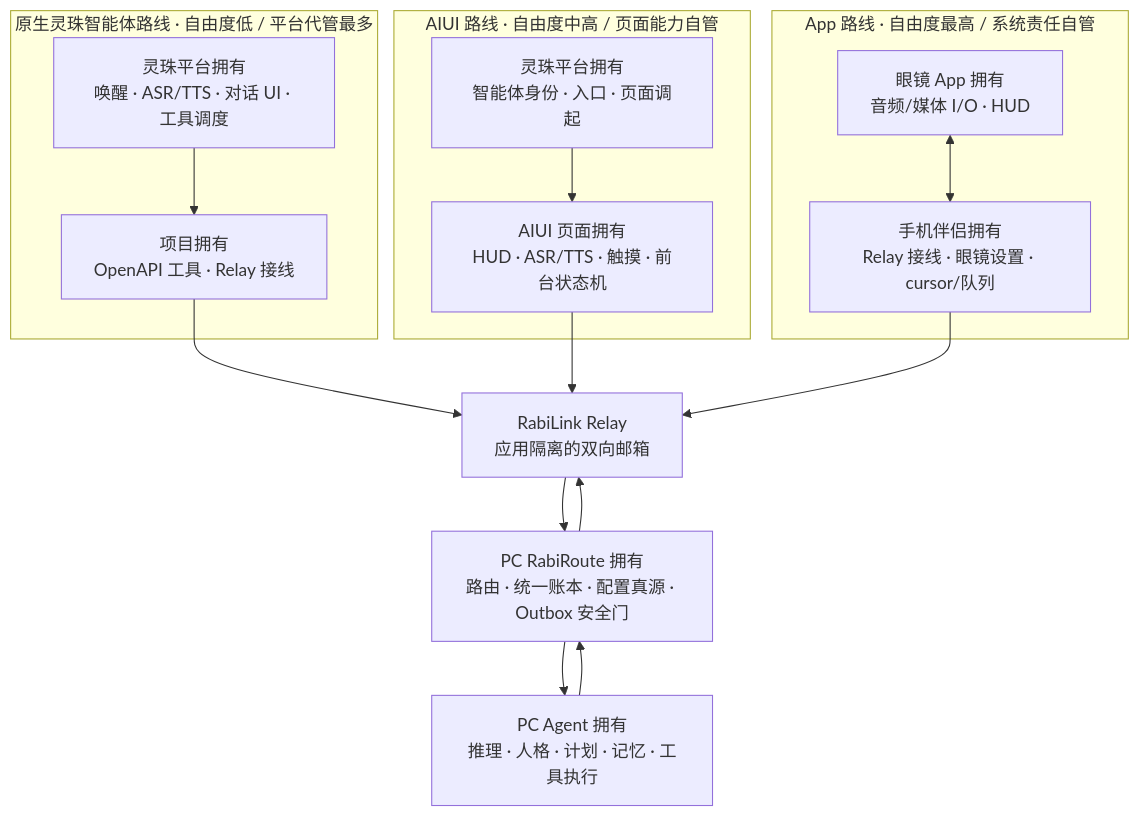
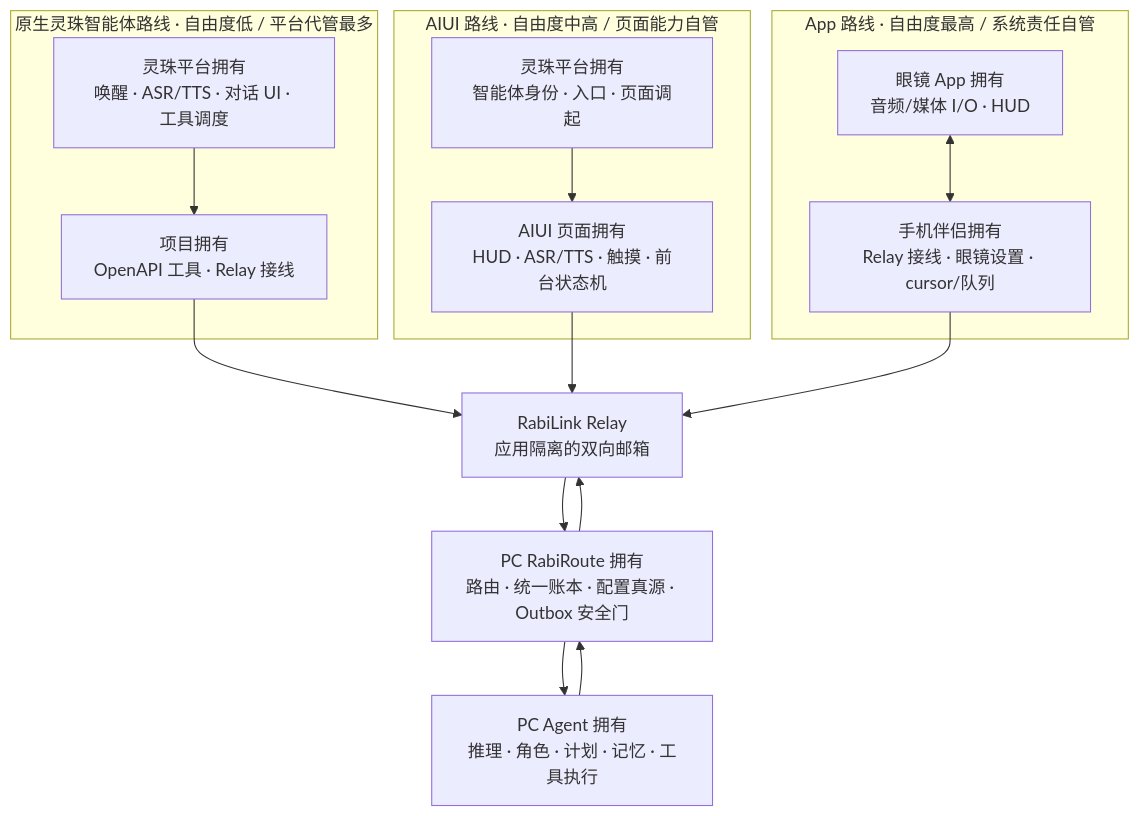
The diagram in docs/rabilink-glasses-route-comparison.md (vb2250158/RabiRoute), drawn with Mermaid before and after one commit. The commit also changed other lines of this file and 334 other files, not shown here.

````diff
--- a/docs/rabilink-glasses-route-comparison.md
+++ b/docs/rabilink-glasses-route-comparison.md
@@ -21,29 +21,29 @@
 ```mermaid
 flowchart TB
     subgraph Native["原生灵珠智能体路线 · 自由度低 / 平台代管最多"]
         N1["灵珠平台拥有<br/>唤醒 · ASR/TTS · 对话 UI · 工具调度"]
         N2["项目拥有<br/>OpenAPI 工具 · Relay 接线"]
         N1 --> N2
     end
 
     subgraph Aiui["AIUI 路线 · 自由度中高 / 页面能力自管"]
         A1["灵珠平台拥有<br/>智能体身份 · 入口 · 页面调起"]
         A2["AIUI 页面拥有<br/>HUD · ASR/TTS · 触摸 · 前台状态机"]
         A1 --> A2
     end
 
     subgraph NativeApp["App 路线 · 自由度最高 / 系统责任自管"]
         P1["眼镜 App 拥有<br/>音频/媒体 I/O · HUD"]
         P2["手机伴侣拥有<br/>Relay 接线 · 眼镜设置 · cursor/队列"]
         P1 <--> P2
     end
 
     N2 --> Relay["RabiLink Relay<br/>应用隔离的双向邮箱"]
     A2 --> Relay
     P2 --> Relay
 
     Relay --> Router["PC RabiRoute 拥有<br/>路由 · 统一账本 · 配置真源 · Outbox 安全门"]
-    Router --> Agent["PC Agent 拥有<br/>推理 · 人格 · 计划 · 记忆 · 工具执行"]
+    Router --> Agent["PC Agent 拥有<br/>推理 · 角色 · 计划 · 记忆 · 工具执行"]
     Agent --> Router
     Router --> Relay
 ```
````
